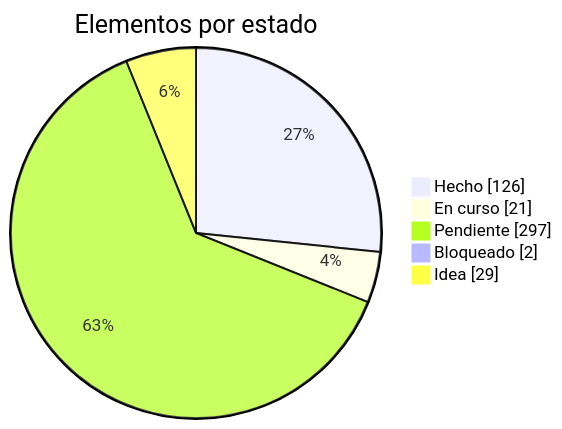
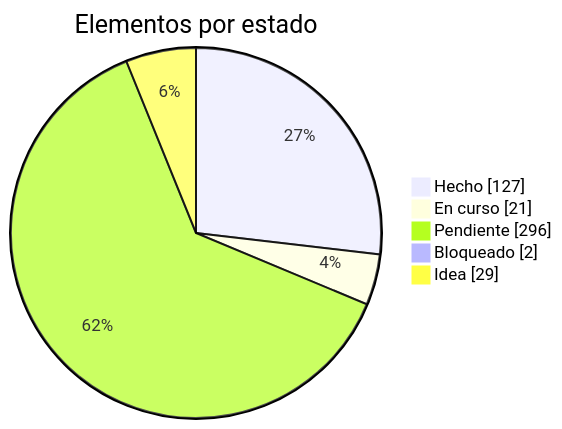
Before and after one commit to dariogea/BM27: the first of 2 diagrams in docs/roadmap.md, drawn with Mermaid. The commit also changed other lines of this file and 17 other files, not shown here.

````diff
--- a/docs/roadmap.md
+++ b/docs/roadmap.md
@@ -13,8 +13,8 @@
 ```mermaid
 pie showData title Elementos por estado
-  "Hecho" : 126
+  "Hecho" : 127
   "En curso" : 21
-  "Pendiente" : 297
+  "Pendiente" : 296
   "Bloqueado" : 2
   "Idea" : 29
 ```
````
